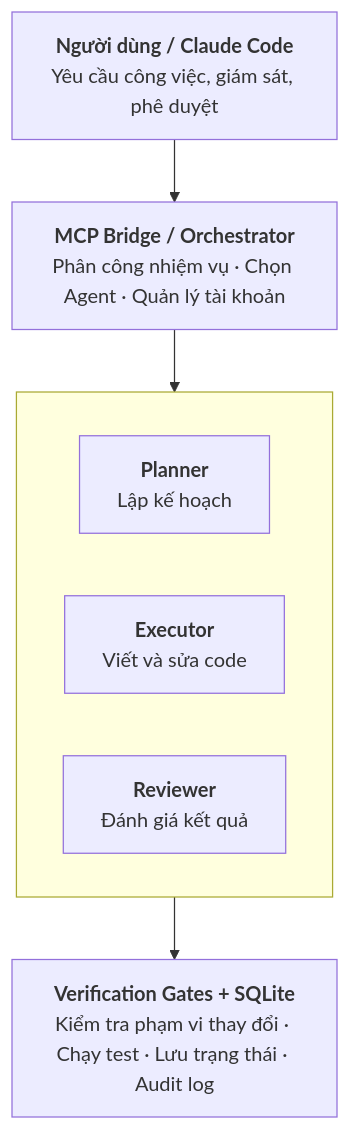
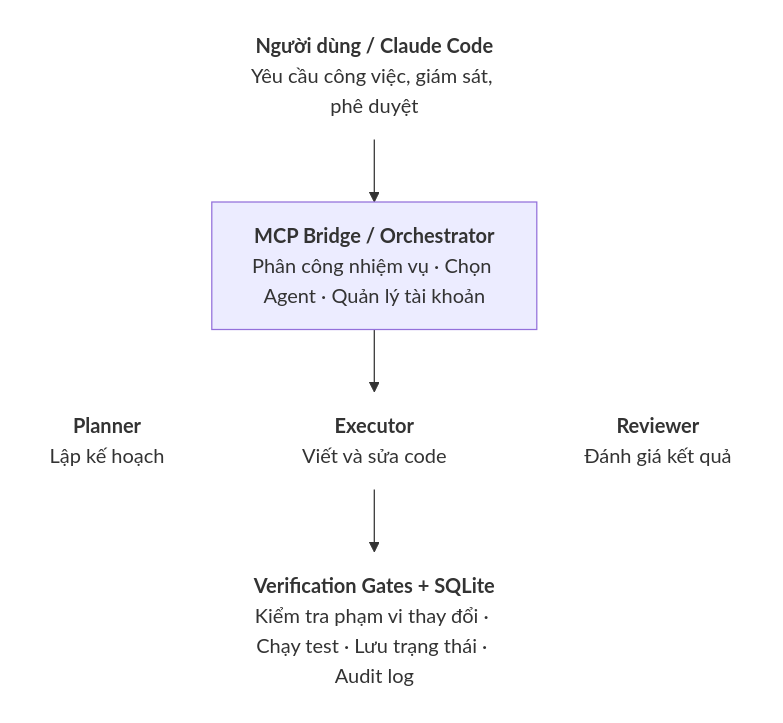
One commit to leetuanbmt/agent-orchestration-kit changed the first of 2 diagrams in README.vi.md. Above: the diagram before and after it, drawn with Mermaid. The commit also changed other lines of this file and 1 other file, not shown here.

First line of the commit message:
lay out the architecture roles on one row

````diff
--- a/README.vi.md
+++ b/README.vi.md
@@ -79,14 +79,20 @@
 ```mermaid
 flowchart TB
     user["<b>Người dùng / Claude Code</b><br/>Yêu cầu công việc, giám sát, phê duyệt"]
     bridge["<b>MCP Bridge / Orchestrator</b><br/>Phân công nhiệm vụ · Chọn Agent · Quản lý tài khoản"]
-    subgraph roles [" "]
-        direction LR
-        planner["<b>Planner</b><br/>Lập kế hoạch"]
-        executor["<b>Executor</b><br/>Viết và sửa code"]
-        reviewer["<b>Reviewer</b><br/>Đánh giá kết quả"]
-    end
+    planner["<b>Planner</b><br/>Lập kế hoạch"]
+    executor["<b>Executor</b><br/>Viết và sửa code"]
+    reviewer["<b>Reviewer</b><br/>Đánh giá kết quả"]
     gates["<b>Verification Gates + SQLite</b><br/>Kiểm tra phạm vi thay đổi · Chạy test · Lưu trạng thái · Audit log"]
 
-    user --> bridge --> roles --> gates
+    user --> bridge
+    bridge ~~~ planner
+    bridge --> executor
+    bridge ~~~ reviewer
+    planner ~~~ gates
+    executor --> gates
+    reviewer ~~~ gates
+
+    classDef plain fill:none,stroke:none
+    class user,planner,executor,reviewer,gates plain
 ```
````
